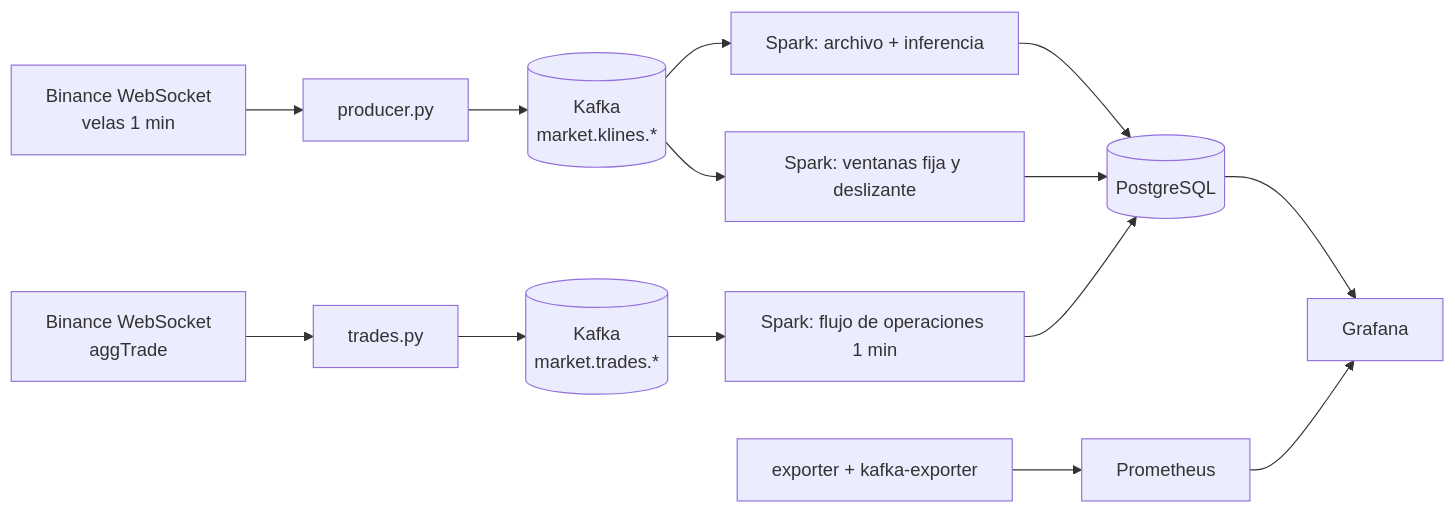
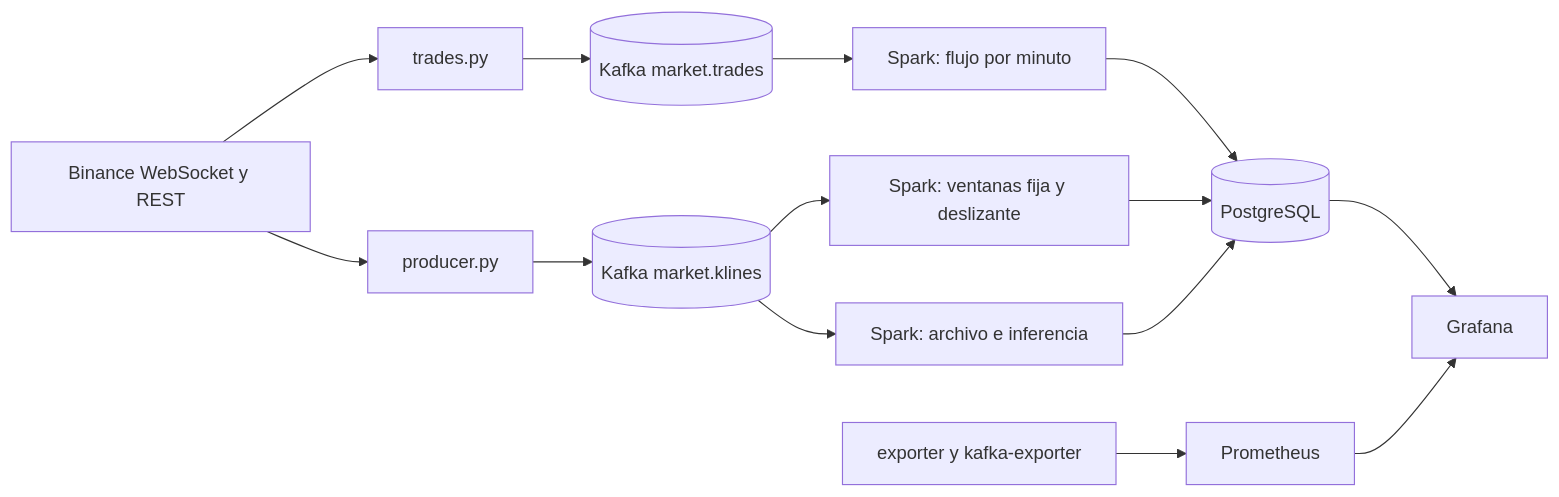
Before and after one commit to Milagros-hp/BigData-BTC-SOL: the diagram in docs/proyecto-sello/u2-producto.md, drawn with Mermaid. The commit also changed other lines of this file and 30 other files, not shown here.

````diff
--- a/docs/proyecto-sello/u2-producto.md
+++ b/docs/proyecto-sello/u2-producto.md
@@ -9,13 +9,13 @@
 ```mermaid
 flowchart LR
-    WSK[Binance WebSocket<br/>velas 1 min] --> P1[producer.py] --> K1[(Kafka<br/>market.klines.*)]
-    WST[Binance WebSocket<br/>aggTrade] --> P2[trades.py] --> K2[(Kafka<br/>market.trades.*)]
-    K1 --> A[Spark: archivo + inferencia]
-    K1 --> W[Spark: ventanas fija y deslizante]
-    K2 --> T[Spark: flujo de operaciones 1 min]
-    A --> DB[(PostgreSQL)]
-    W --> DB
-    T --> DB
+    B[Binance WebSocket y REST] --> PT[trades.py] --> KT[(Kafka market.trades)]
+    B --> PK[producer.py] --> KK[(Kafka market.klines)]
+    KT --> SF[Spark: flujo por minuto]
+    KK --> SW[Spark: ventanas fija y deslizante]
+    KK --> SA[Spark: archivo e inferencia]
+    SF --> DB[(PostgreSQL)]
+    SW --> DB
+    SA --> DB
     DB --> G[Grafana]
-    EX[exporter + kafka-exporter] --> PR[Prometheus] --> G
+    EX[exporter y kafka-exporter] --> PR[Prometheus] --> G
 ```
````
